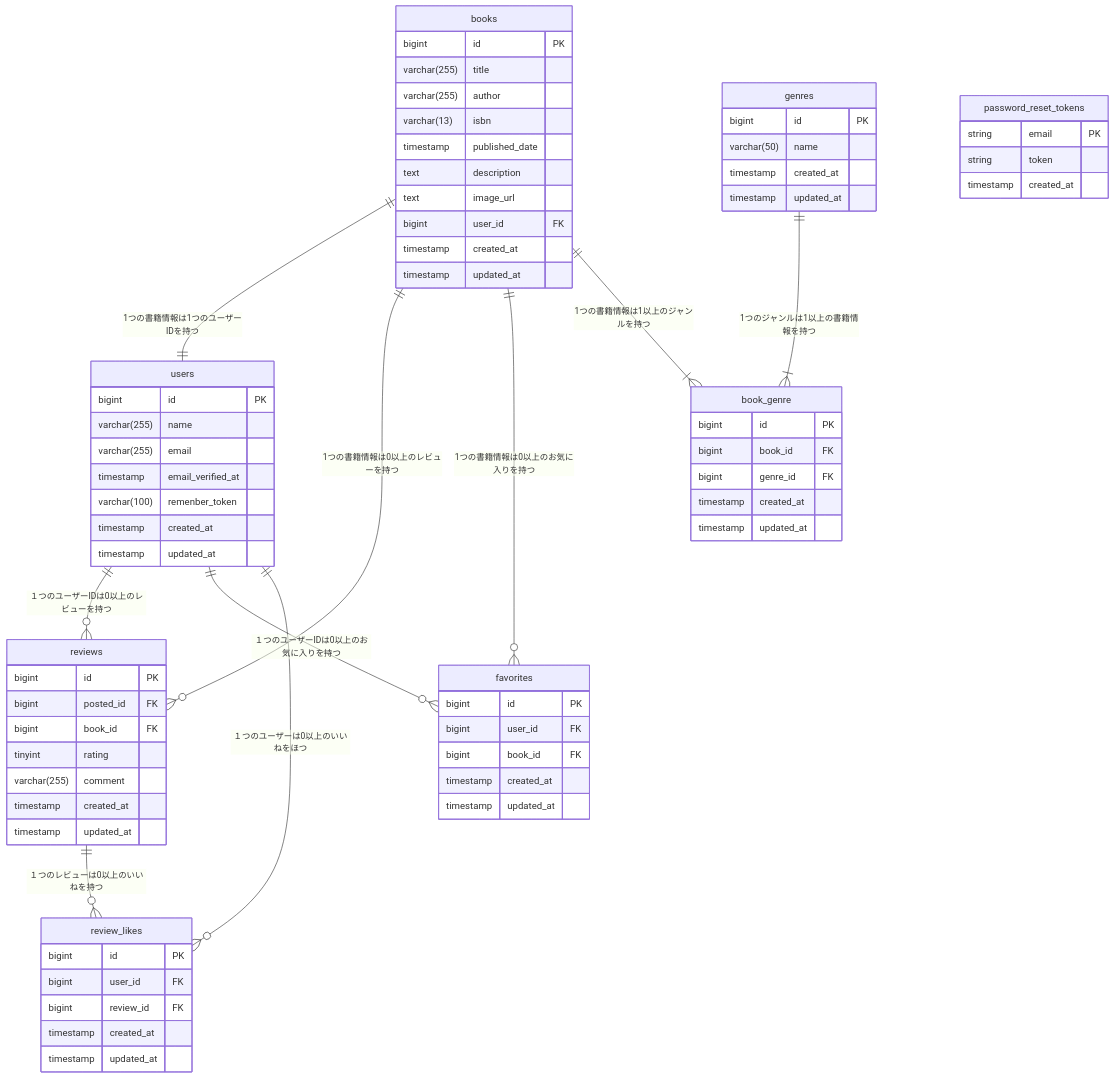
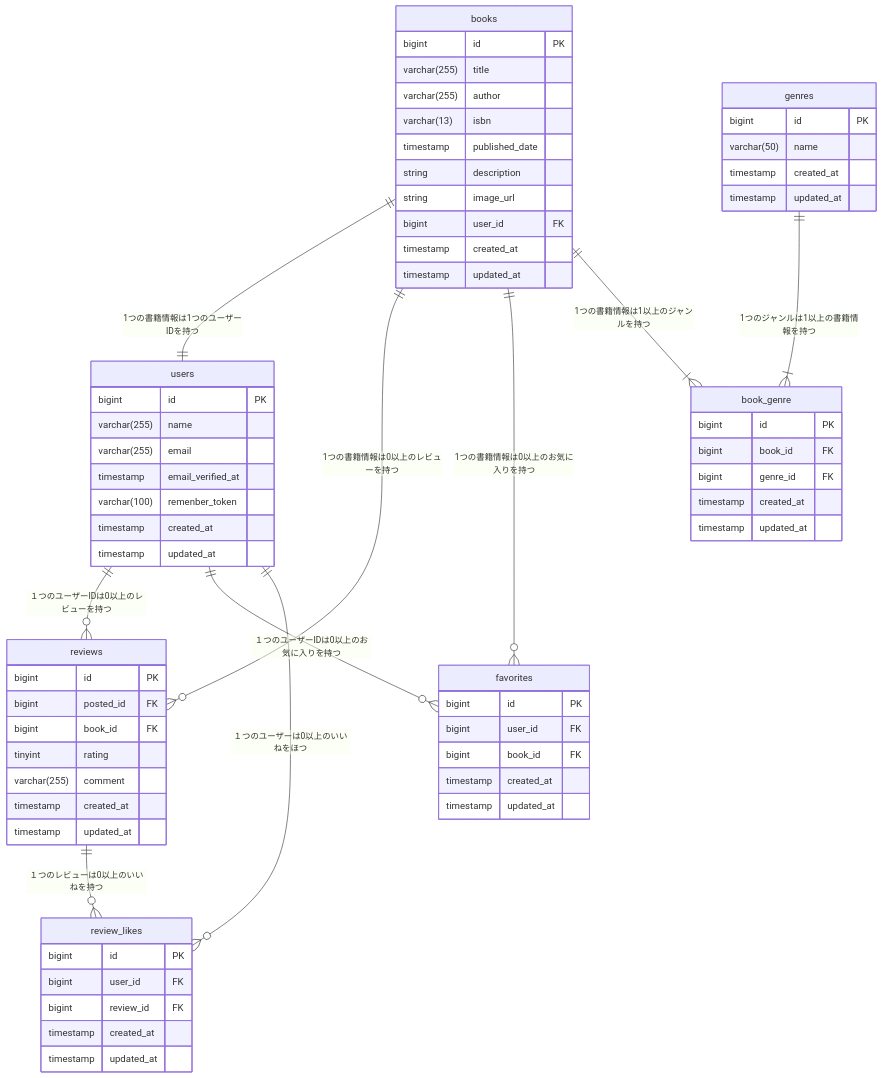
The diagram in ER-Diagram.md (fm5889rx/BookShelf-app), drawn with Mermaid before and after one commit. The commit also changed 54 other files, not shown here.

````diff
--- a/ER-Diagram.md
+++ b/ER-Diagram.md
@@ -1,83 +1,77 @@
 ```mermaid
 erDiagram
   books ||--|| users : "1つの書籍情報は1つのユーザーIDを持つ"
   books ||--o{ reviews : "1つの書籍情報は0以上のレビューを持つ"
   books ||--o{ favorites : "1つの書籍情報は0以上のお気に入りを持つ"
   books ||--|{ book_genre : "1つの書籍情報は1以上のジャンルを持つ"
   genres ||--|{ book_genre : "1つのジャンルは1以上の書籍情報を持つ"
   users ||--o{ reviews : "１つのユーザーIDは0以上のレビューを持つ"
   users ||--o{ favorites : "１つのユーザーIDは0以上のお気に入りを持つ"
   users ||--o{ review_likes : "１つのユーザーは0以上のいいねをほつ"
   reviews ||--o{ review_likes : "１つのレビューは0以上のいいねを持つ"
 
   users {
     bigint          id                  PK
     varchar(255)    name
     varchar(255)    email
     timestamp       email_verified_at
     varchar(100)    remenber_token
     timestamp       created_at
     timestamp       updated_at
   }
 
   books {
     bigint          id                  PK
     varchar(255)    title
     varchar(255)    author
     varchar(13)     isbn
     timestamp       published_date
-    text            description
-    text            image_url
+    string          description
+    string          image_url
     bigint          user_id             FK
     timestamp       created_at
     timestamp       updated_at
   }
 
   genres {
     bigint          id                  PK
     varchar(50)     name
     timestamp       created_at
     timestamp       updated_at
   }
 
   reviews {
     bigint          id                  PK
     bigint          posted_id           FK
     bigint          book_id             FK
     tinyint         rating
     varchar(255)    comment
     timestamp       created_at
     timestamp       updated_at
   }
 
   book_genre {
     bigint          id                  PK
     bigint          book_id             FK
     bigint          genre_id            FK
     timestamp       created_at
     timestamp       updated_at
   }
 
   favorites {
     bigint          id                  PK
     bigint          user_id             FK
     bigint          book_id             FK
     timestamp       created_at
     timestamp       updated_at
   }
 
   review_likes {
     bigint          id                  PK
     bigint          user_id             FK
     bigint          review_id           FK
     timestamp       created_at
     timestamp       updated_at
   }
 
-  password_reset_tokens {
-    string          email               PK
-    string          token
-    timestamp       created_at
-  }
-
 ```
````
